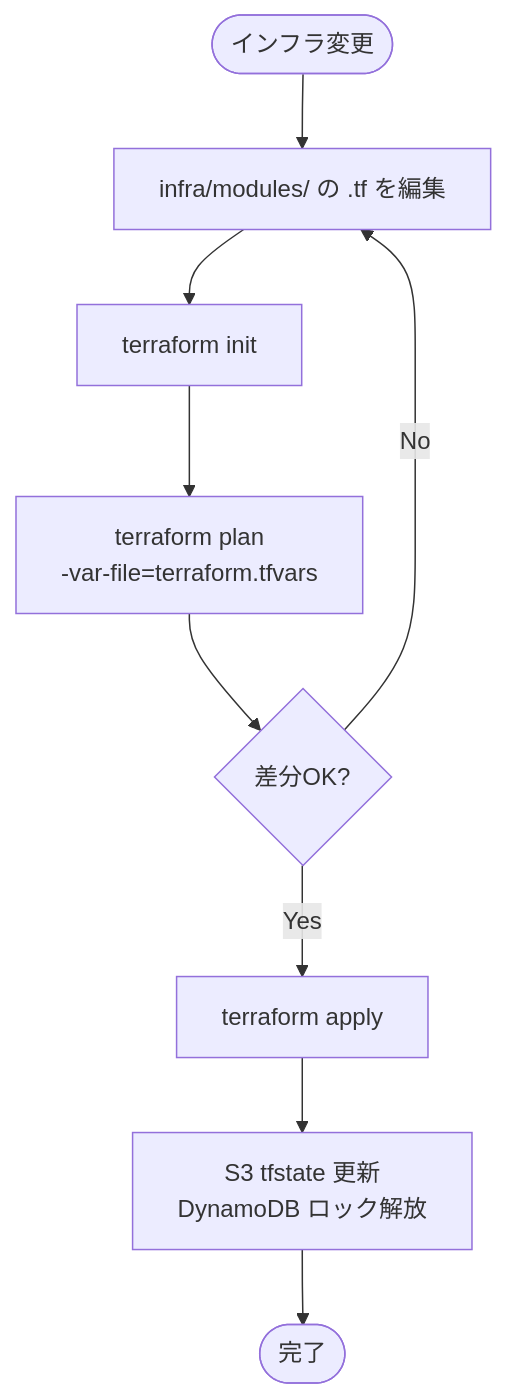
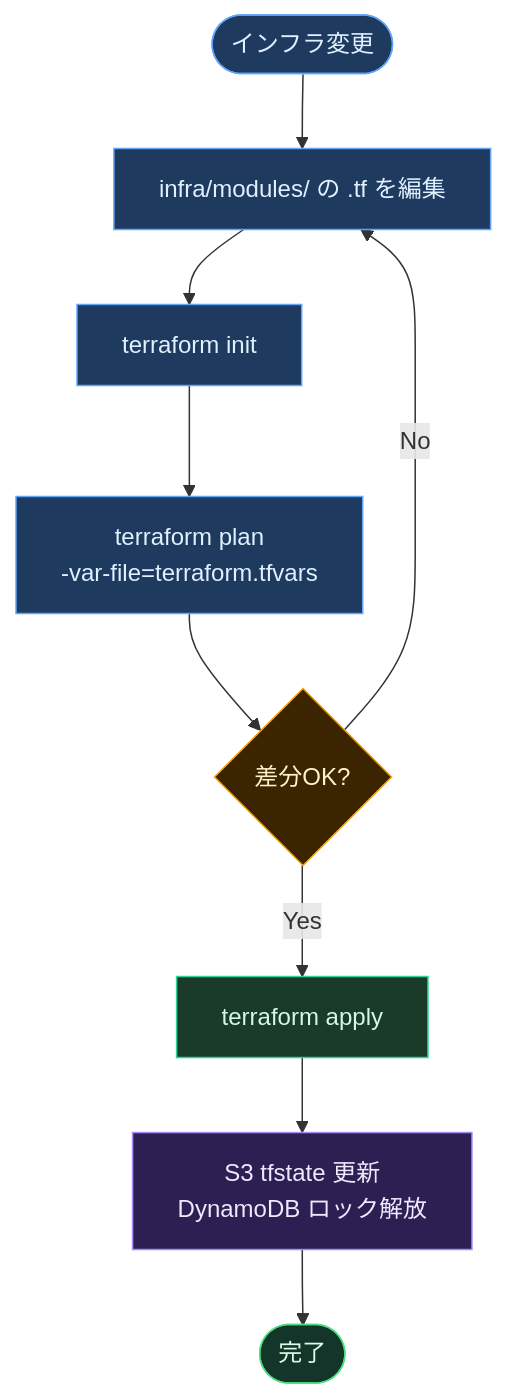
Before and after one commit to nabeo-git/investment: the third of 6 diagrams in docs/05_operations_architecture.md, drawn with Mermaid. The commit also changed other lines of this file, not shown here.

First line of the commit message:
docs: Mermaid図にダーク/ライト両対応の色指定を追加

````diff
--- a/docs/05_operations_architecture.md
+++ b/docs/05_operations_architecture.md
@@ -91,11 +129,24 @@
 ```mermaid
 flowchart TD
-    A([インフラ変更]) --> B["infra/modules/ の .tf を編集"]
-    B --> C["terraform init"]
-    C --> D["terraform plan\n-var-file=terraform.tfvars"]
-    D --> E{差分OK?}
+    A(["インフラ変更"])
+    B["infra/modules/ の .tf を編集"]
+    C["terraform init"]
+    D["terraform plan\n-var-file=terraform.tfvars"]
+    E{"差分OK?"}
+    F["terraform apply"]
+    G["S3 tfstate 更新\nDynamoDB ロック解放"]
+    H(["完了"])
+
+    A --> B --> C --> D --> E
     E -->|No| B
-    E -->|Yes| F["terraform apply"]
-    F --> G["S3 tfstate 更新\nDynamoDB ロック解放"]
-    G --> H([完了])
+    E -->|Yes| F --> G --> H
+
+    style A fill:#1e3a5f,stroke:#60a5fa,color:#e0f0ff
+    style B fill:#1e3a5f,stroke:#60a5fa,color:#e0f0ff
+    style C fill:#1e3a5f,stroke:#60a5fa,color:#e0f0ff
+    style D fill:#1e3a5f,stroke:#60a5fa,color:#e0f0ff
+    style E fill:#3b2500,stroke:#f59e0b,color:#fef3c7
+    style F fill:#1a3a2a,stroke:#34d399,color:#d1fae5
+    style G fill:#2d1f52,stroke:#a78bfa,color:#ede9fe
+    style H fill:#14362a,stroke:#4ade80,color:#dcfce7
 ```
````
